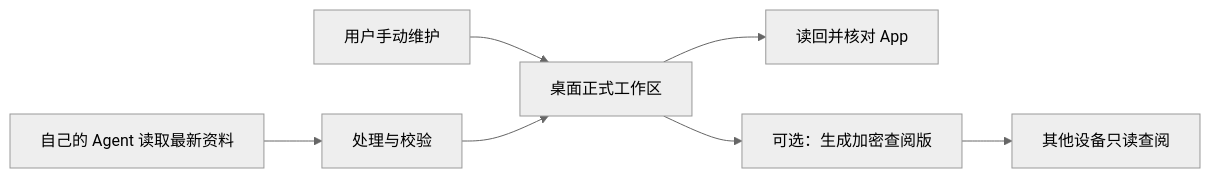
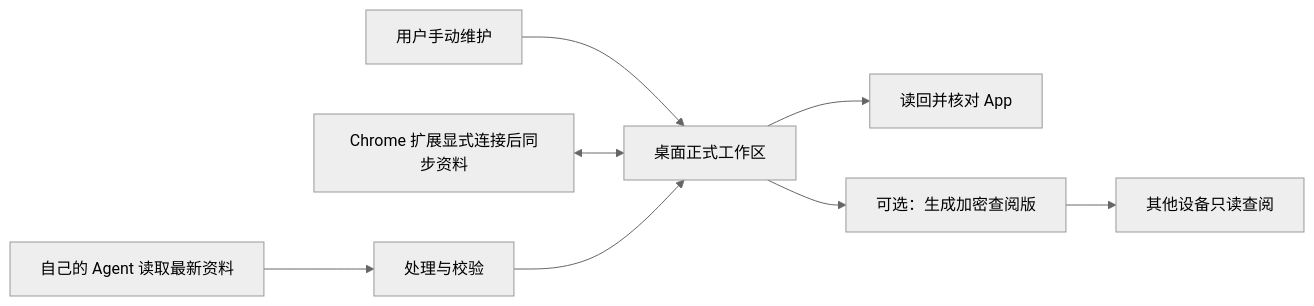
The diagram in docs/使用方案.md (chenyiwang325-droid/toudi-with-codex), drawn with Mermaid (neutral theme) before and after one commit. The commit also changed other lines of this file and 50 other files, not shown here.

````diff
--- a/docs/使用方案.md
+++ b/docs/使用方案.md
@@ -20,9 +20,10 @@
 ```mermaid
 flowchart LR
   U[用户手动维护] --> W[桌面正式工作区]
+  B[Chrome 扩展显式连接后同步资料] <--> W
   A[自己的 Agent 读取最新资料] --> V[处理与校验]
   V --> W
   W --> R[读回并核对 App]
   W --> P[可选：生成加密查阅版]
   P --> S[其他设备只读查阅]
 ```
````
